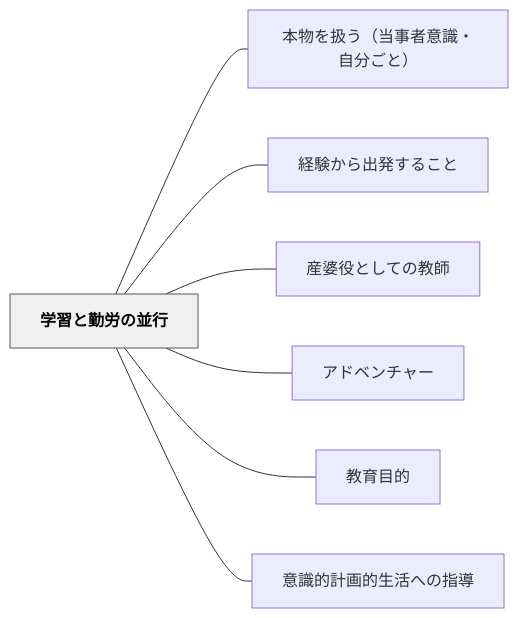
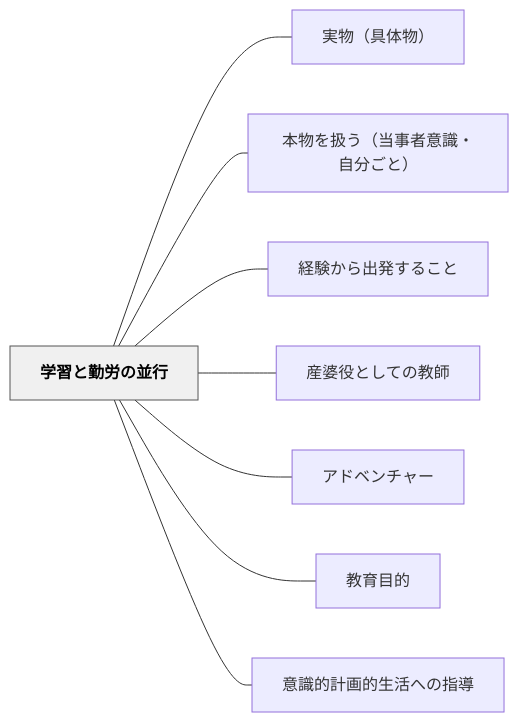
Before and after one commit to unknownthings-ed-patterns/unknownthings-ed-patterns: the diagram in content/パタン/学習と勤労の並行.md, drawn with Mermaid. The commit also changed other lines of this file and 473 other files, not shown here.

````diff
--- a/content/パタン/学習と勤労の並行.md
+++ b/content/パタン/学習と勤労の並行.md
@@ -106,20 +107,22 @@
 ```mermaid
 flowchart LR
     ne5ada6e7bf92["学習と勤労の並行"]
+    ne5ae9fe789a9["実物（具体物）"]
     ne69cace789a9["本物を扱う（当事者意識・自分ごと）"]
     ne7b58ce9a893["経験から出発すること"]
     ne794a3e5a986["産婆役としての教師"]
     ne382a2e38389["アドベンチャー"]
     ne69599e882b2["教育目的"]
     ne6848fe8ad98["意識的計画的生活への指導"]
 
+    ne5ada6e7bf92 --- ne5ae9fe789a9
     ne5ada6e7bf92 --- ne69cace789a9
     ne5ada6e7bf92 --- ne7b58ce9a893
     ne5ada6e7bf92 --- ne794a3e5a986
     ne5ada6e7bf92 --- ne382a2e38389
     ne5ada6e7bf92 --- ne69599e882b2
     ne5ada6e7bf92 --- ne6848fe8ad98
 
     classDef hub fill:#f0f0f0,stroke:#555,color:#000,font-weight:bold
     class ne5ada6e7bf92 hub
 ```
````
